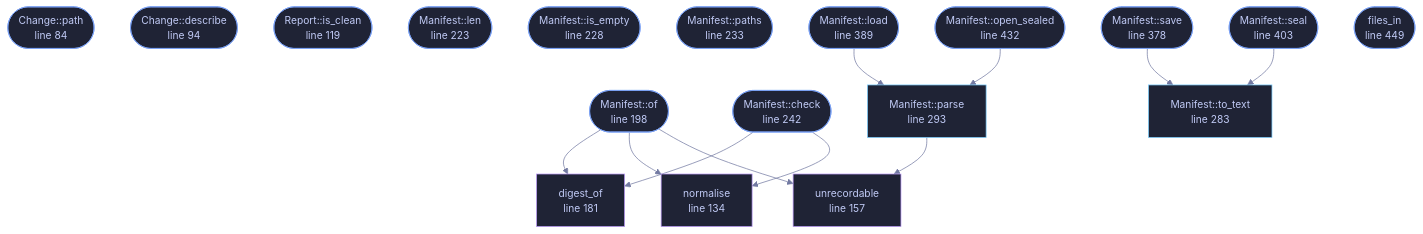
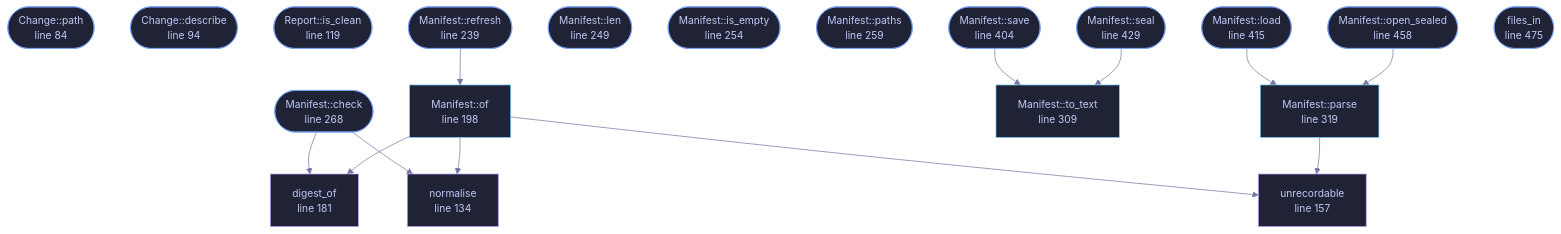
One commit to tilas01/veilvoice changed the diagram in docs/files/veilvoice-guard/manifest.md. Above: the diagram before and after it, drawn with Mermaid. The commit also changed other lines of this file and 39 other files, not shown here.

````diff
--- a/docs/files/veilvoice-guard/manifest.md
+++ b/docs/files/veilvoice-guard/manifest.md
@@ -105,56 +105,59 @@
 ```mermaid
 %%{init: {"theme":"base","themeVariables":{"background":"#1a1b26","primaryColor":"#1f2335","primaryTextColor":"#c0caf5","primaryBorderColor":"#7aa2f7","secondaryColor":"#16161e","tertiaryColor":"#16161e","lineColor":"#737aa2","textColor":"#c0caf5","mainBkg":"#1f2335","nodeBorder":"#7aa2f7","clusterBkg":"#16161e","clusterBorder":"#2f3549","fontFamily":"ui-monospace, SFMono-Regular, Consolas, monospace","fontSize":"14px"}}}%%
 flowchart TD
     n_path(["Change::path<br/>line 84"])
     n_describe(["Change::describe<br/>line 94"])
     n_is_clean(["Report::is_clean<br/>line 119"])
     n_normalise["normalise<br/>line 134"]
     n_unrecordable["unrecordable<br/>line 157"]
     n_digest_of["digest_of<br/>line 181"]
-    n_of(["Manifest::of<br/>line 198"])
-    n_len(["Manifest::len<br/>line 223"])
-    n_is_empty(["Manifest::is_empty<br/>line 228"])
-    n_paths(["Manifest::paths<br/>line 233"])
-    n_check(["Manifest::check<br/>line 242"])
-    n_to_text["Manifest::to_text<br/>line 283"]
-    n_parse["Manifest::parse<br/>line 293"]
-    n_save(["Manifest::save<br/>line 378"])
-    n_load(["Manifest::load<br/>line 389"])
-    n_seal(["Manifest::seal<br/>line 403"])
-    n_open_sealed(["Manifest::open_sealed<br/>line 432"])
-    n_files_in(["files_in<br/>line 449"])
+    n_of["Manifest::of<br/>line 198"]
+    n_refresh(["Manifest::refresh<br/>line 239"])
+    n_len(["Manifest::len<br/>line 249"])
+    n_is_empty(["Manifest::is_empty<br/>line 254"])
+    n_paths(["Manifest::paths<br/>line 259"])
+    n_check(["Manifest::check<br/>line 268"])
+    n_to_text["Manifest::to_text<br/>line 309"]
+    n_parse["Manifest::parse<br/>line 319"]
+    n_save(["Manifest::save<br/>line 404"])
+    n_load(["Manifest::load<br/>line 415"])
+    n_seal(["Manifest::seal<br/>line 429"])
+    n_open_sealed(["Manifest::open_sealed<br/>line 458"])
+    n_files_in(["files_in<br/>line 475"])
     n_check --> n_digest_of
     n_check --> n_normalise
     n_load --> n_parse
     n_of --> n_digest_of
     n_of --> n_normalise
     n_of --> n_unrecordable
     n_open_sealed --> n_parse
     n_parse --> n_unrecordable
+    n_refresh --> n_of
     n_save --> n_to_text
     n_seal --> n_to_text
     click n_path href "https://github.com/tilas01/veilvoice/blob/main/crates/veilvoice-guard/src/manifest.rs#L84" "open the source"
     click n_describe href "https://github.com/tilas01/veilvoice/blob/main/crates/veilvoice-guard/src/manifest.rs#L94" "open the source"
     click n_is_clean href "https://github.com/tilas01/veilvoice/blob/main/crates/veilvoice-guard/src/manifest.rs#L119" "open the source"
     click n_normalise href "https://github.com/tilas01/veilvoice/blob/main/crates/veilvoice-guard/src/manifest.rs#L134" "open the source"
     click n_unrecordable href "https://github.com/tilas01/veilvoice/blob/main/crates/veilvoice-guard/src/manifest.rs#L157" "open the source"
     click n_digest_of href "https://github.com/tilas01/veilvoice/blob/main/crates/veilvoice-guard/src/manifest.rs#L181" "open the source"
     click n_of href "https://github.com/tilas01/veilvoice/blob/main/crates/veilvoice-guard/src/manifest.rs#L198" "open the source"
-    click n_len href "https://github.com/tilas01/veilvoice/blob/main/crates/veilvoice-guard/src/manifest.rs#L223" "open the source"
-    click n_is_empty href "https://github.com/tilas01/veilvoice/blob/main/crates/veilvoice-guard/src/manifest.rs#L228" "open the source"
-    click n_paths href "https://github.com/tilas01/veilvoice/blob/main/crates/veilvoice-guard/src/manifest.rs#L233" "open the source"
-    click n_check href "https://github.com/tilas01/veilvoice/blob/main/crates/veilvoice-guard/src/manifest.rs#L242" "open the source"
-    click n_to_text href "https://github.com/tilas01/veilvoice/blob/main/crates/veilvoice-guard/src/manifest.rs#L283" "open the source"
-    click n_parse href "https://github.com/tilas01/veilvoice/blob/main/crates/veilvoice-guard/src/manifest.rs#L293" "open the source"
-    click n_save href "https://github.com/tilas01/veilvoice/blob/main/crates/veilvoice-guard/src/manifest.rs#L378" "open the source"
-    click n_load href "https://github.com/tilas01/veilvoice/blob/main/crates/veilvoice-guard/src/manifest.rs#L389" "open the source"
-    click n_seal href "https://github.com/tilas01/veilvoice/blob/main/crates/veilvoice-guard/src/manifest.rs#L403" "open the source"
-    click n_open_sealed href "https://github.com/tilas01/veilvoice/blob/main/crates/veilvoice-guard/src/manifest.rs#L432" "open the source"
-    click n_files_in href "https://github.com/tilas01/veilvoice/blob/main/crates/veilvoice-guard/src/manifest.rs#L449" "open the source"
+    click n_refresh href "https://github.com/tilas01/veilvoice/blob/main/crates/veilvoice-guard/src/manifest.rs#L239" "open the source"
+    click n_len href "https://github.com/tilas01/veilvoice/blob/main/crates/veilvoice-guard/src/manifest.rs#L249" "open the source"
+    click n_is_empty href "https://github.com/tilas01/veilvoice/blob/main/crates/veilvoice-guard/src/manifest.rs#L254" "open the source"
+    click n_paths href "https://github.com/tilas01/veilvoice/blob/main/crates/veilvoice-guard/src/manifest.rs#L259" "open the source"
+    click n_check href "https://github.com/tilas01/veilvoice/blob/main/crates/veilvoice-guard/src/manifest.rs#L268" "open the source"
+    click n_to_text href "https://github.com/tilas01/veilvoice/blob/main/crates/veilvoice-guard/src/manifest.rs#L309" "open the source"
+    click n_parse href "https://github.com/tilas01/veilvoice/blob/main/crates/veilvoice-guard/src/manifest.rs#L319" "open the source"
+    click n_save href "https://github.com/tilas01/veilvoice/blob/main/crates/veilvoice-guard/src/manifest.rs#L404" "open the source"
+    click n_load href "https://github.com/tilas01/veilvoice/blob/main/crates/veilvoice-guard/src/manifest.rs#L415" "open the source"
+    click n_seal href "https://github.com/tilas01/veilvoice/blob/main/crates/veilvoice-guard/src/manifest.rs#L429" "open the source"
+    click n_open_sealed href "https://github.com/tilas01/veilvoice/blob/main/crates/veilvoice-guard/src/manifest.rs#L458" "open the source"
+    click n_files_in href "https://github.com/tilas01/veilvoice/blob/main/crates/veilvoice-guard/src/manifest.rs#L475" "open the source"
     classDef entry fill:#1f2335,stroke:#7aa2f7,color:#c0caf5
-    class n_path,n_describe,n_is_clean,n_of,n_len,n_is_empty,n_paths,n_check,n_save,n_load,n_seal,n_open_sealed,n_files_in entry
+    class n_path,n_describe,n_is_clean,n_refresh,n_len,n_is_empty,n_paths,n_check,n_save,n_load,n_seal,n_open_sealed,n_files_in entry
     classDef api fill:#1f2335,stroke:#7dcfff,color:#c0caf5
-    class n_to_text,n_parse api
+    class n_of,n_to_text,n_parse api
     classDef helper fill:#1f2335,stroke:#bb9af7,color:#c0caf5
     class n_normalise,n_unrecordable,n_digest_of helper
 ```
````
